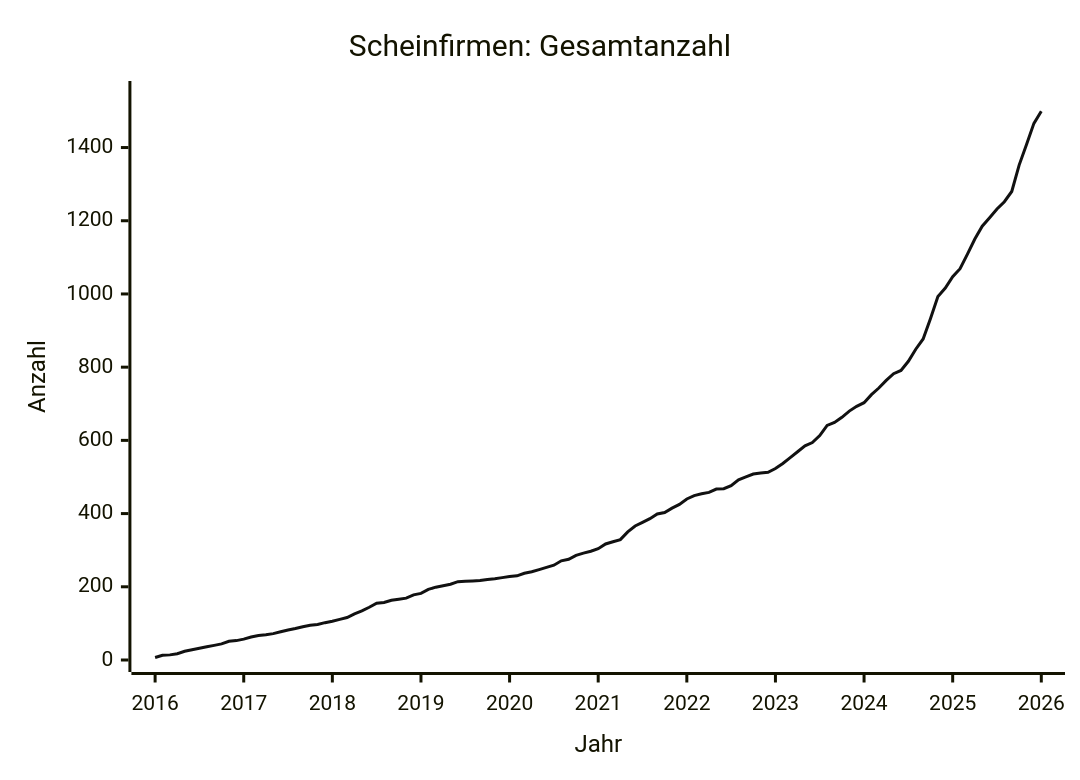
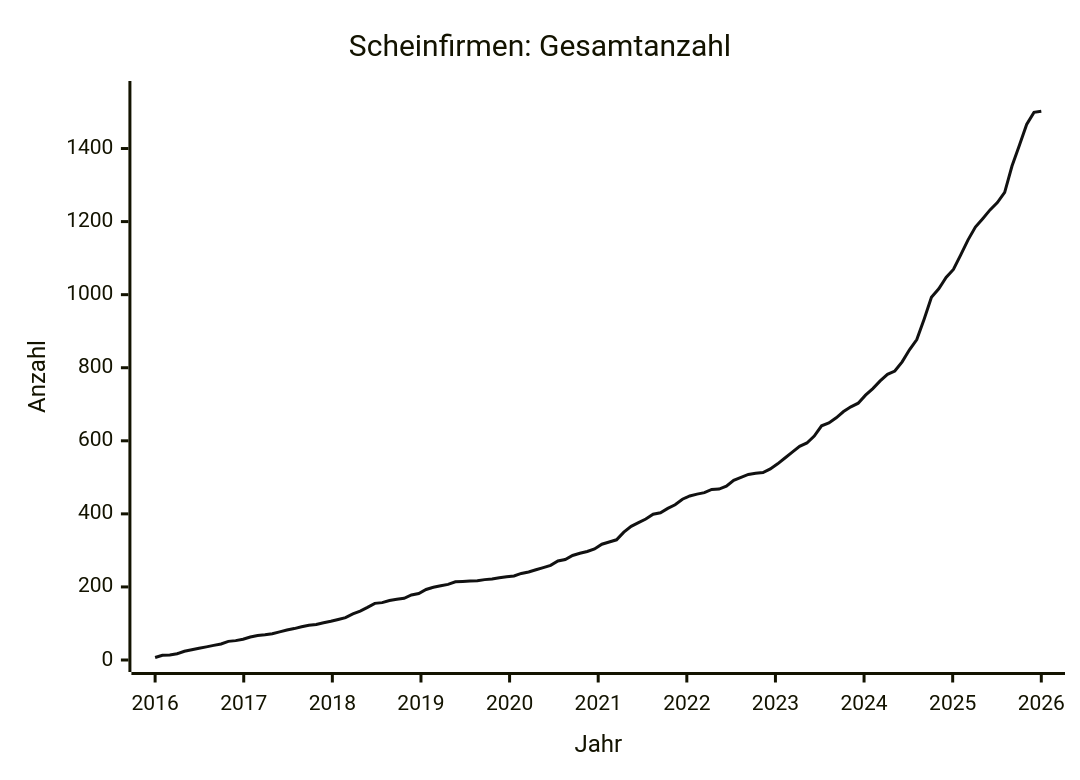
The diagram in data/STATS.md (arjoma/scheinfirmen-at), drawn with Mermaid before and after one commit. The commit also changed other lines of this file and 3 other files, not shown here.

````diff
--- a/data/STATS.md
+++ b/data/STATS.md
@@ -9,13 +9,13 @@
 ```mermaid
 ---
 config:
   themeVariables:
     xyChart:
       plotColorPalette: "#111111"
 ---
 xychart-beta
     title "Scheinfirmen: Gesamtanzahl"
     x-axis "Jahr" 2016 --> 2026
-    y-axis "Anzahl" 0 --> 1549
-    line [7, 13, 14, 17, 24, 28, 32, 36, 40, 44, 51, 53, 57, 63, 67, 69, 72, 77, 82, 86, 91, 95, 97, 102, 106, 111, 116, 126, 134, 144, 155, 157, 163, 166, 169, 178, 182, 193, 199, 203, 207, 214, 215, 216, 217, 220, 222, 225, 228, 230, 237, 241, 247, 253, 259, 271, 275, 286, 292, 297, 304, 317, 323, 329, 350, 366, 376, 386, 399, 403, 415, 425, 440, 449, 454, 458, 467, 468, 476, 492, 500, 508, 511, 513, 523, 537, 553, 569, 585, 594, 613, 641, 649, 663, 680, 693, 703, 725, 743, 764, 782, 791, 816, 849, 877, 933, 993, 1016, 1047, 1069, 1109, 1150, 1185, 1208, 1232, 1252, 1280, 1352, 1408, 1466, 1499]
+    y-axis "Anzahl" 0 --> 1552
+    line [7, 13, 14, 17, 24, 28, 32, 36, 40, 44, 51, 53, 57, 63, 67, 69, 72, 77, 82, 86, 91, 95, 97, 102, 106, 111, 116, 126, 134, 144, 155, 157, 163, 166, 169, 178, 182, 193, 199, 203, 207, 214, 215, 216, 217, 220, 222, 225, 228, 230, 237, 241, 247, 253, 259, 271, 275, 286, 292, 297, 304, 317, 323, 329, 350, 366, 376, 386, 399, 403, 415, 425, 440, 449, 454, 458, 467, 468, 476, 492, 500, 508, 511, 513, 523, 537, 553, 569, 585, 594, 613, 641, 649, 663, 680, 693, 703, 725, 743, 764, 782, 791, 816, 849, 877, 933, 993, 1016, 1047, 1069, 1109, 1150, 1185, 1208, 1232, 1252, 1280, 1352, 1408, 1466, 1499, 1502]
 ```
````
